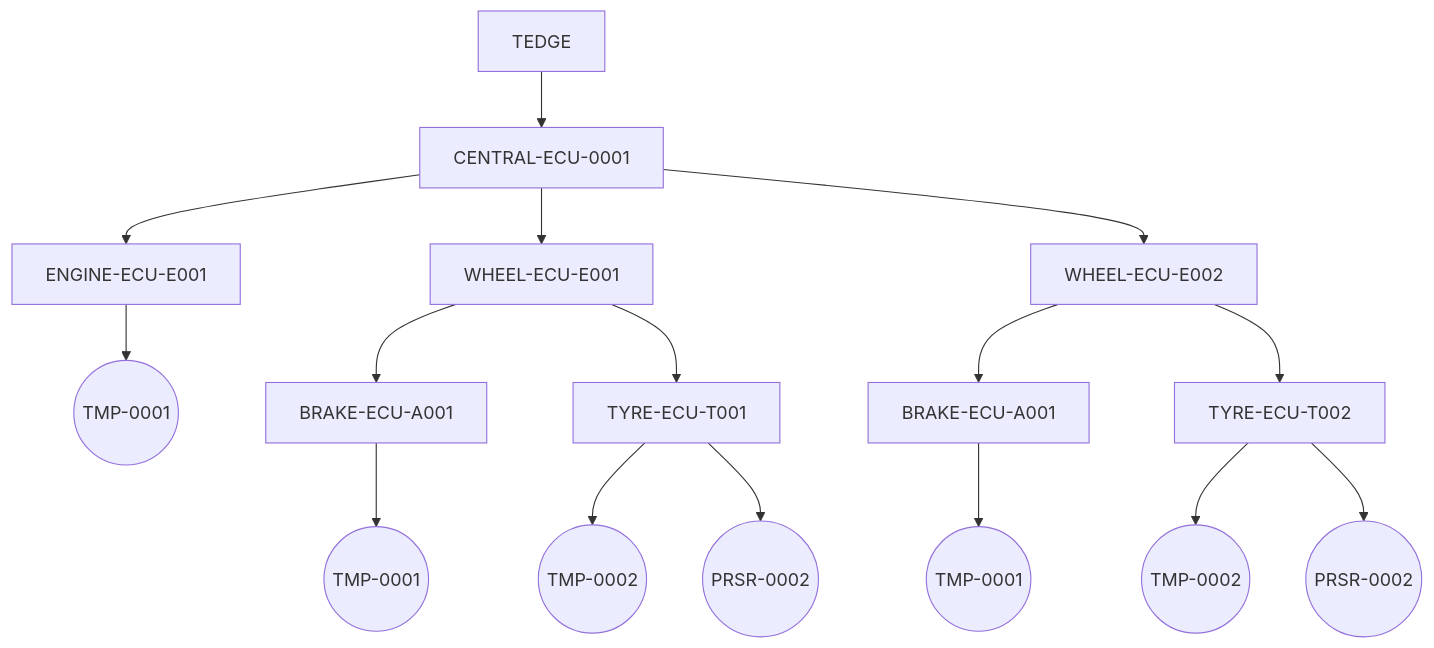
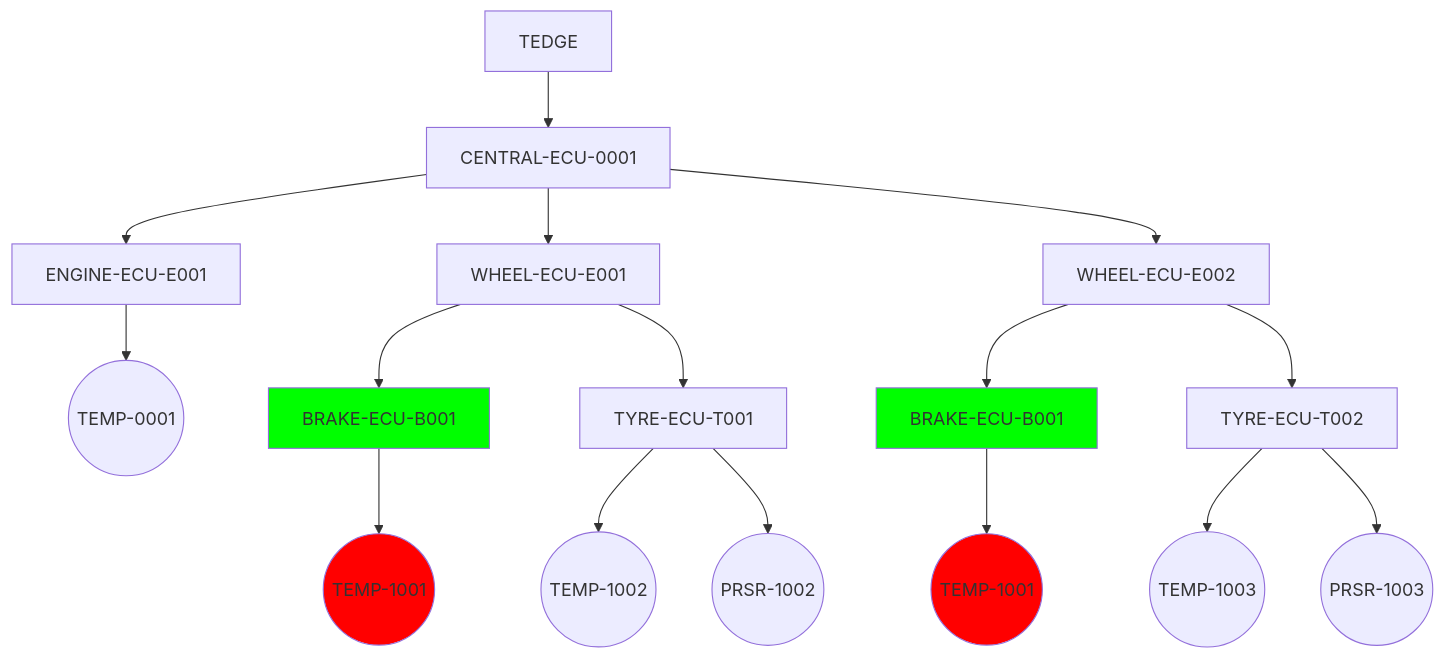
The diagram in docs/src/references/mqtt-topic-guidelines.md (reubenmiller/thin-edge.io), drawn with Mermaid before and after one commit. The commit also changed other lines of this file, not shown here.

````diff
--- a/docs/src/references/mqtt-topic-guidelines.md
+++ b/docs/src/references/mqtt-topic-guidelines.md
@@ -227,21 +75,27 @@
 ```mermaid
 graph TD;
     TEDGE --> CENTRAL-ECU-0001;
     CENTRAL-ECU-0001 --> ENGINE-ECU-E001;
     CENTRAL-ECU-0001 --> WHEEL-ECU-E001;
     CENTRAL-ECU-0001 --> WHEEL-ECU-E002;
 
-    ENGINE-ECU-E001 --> TMP-0001((TMP-0001));
+    ENGINE-ECU-E001 --> TEMP-0001((TEMP-0001));
 
-    WHEEL-ECU-E001 --> BRAKE-ECU-A001;
+    WHEEL-ECU-E001 --> BRAKE-ECU-B001;
     WHEEL-ECU-E001 --> TYRE-ECU-T001;
-    BRAKE-ECU-A001 --> TMP-1001((TMP-0001));
-    TYRE-ECU-T001 --> TMP-1002((TMP-0002));
-    TYRE-ECU-T001 --> PRSR-1002((PRSR-0002));
+    BRAKE-ECU-B001 --> TEMP-1001((TEMP-1001));
+    TYRE-ECU-T001 --> TEMP-1002((TEMP-1002));
+    TYRE-ECU-T001 --> PRSR-1002((PRSR-1002));
 
-    WHEEL-ECU-E002 --> BRAKE-ECU-A001'[BRAKE-ECU-A001];
+    WHEEL-ECU-E002 --> BRAKE-ECU-B001'[BRAKE-ECU-B001];
     WHEEL-ECU-E002 --> TYRE-ECU-T002;
-    BRAKE-ECU-A001' --> TMP-1001'((TMP-0001));
-    TYRE-ECU-T002 --> TMP-1002'((TMP-0002));
-    TYRE-ECU-T002 --> PRSR-1002'((PRSR-0002));
+    BRAKE-ECU-B001' --> TEMP-1001'((TEMP-1001));
+    TYRE-ECU-T002 --> TEMP-1003((TEMP-1003));
+    TYRE-ECU-T002 --> PRSR-1003((PRSR-1003));
+
+    style BRAKE-ECU-B001 fill:#0f0
+    style BRAKE-ECU-B001' fill:#0f0
+
+    style TEMP-1001 fill:#f00
+    style TEMP-1001' fill:#f00
 ```
````
